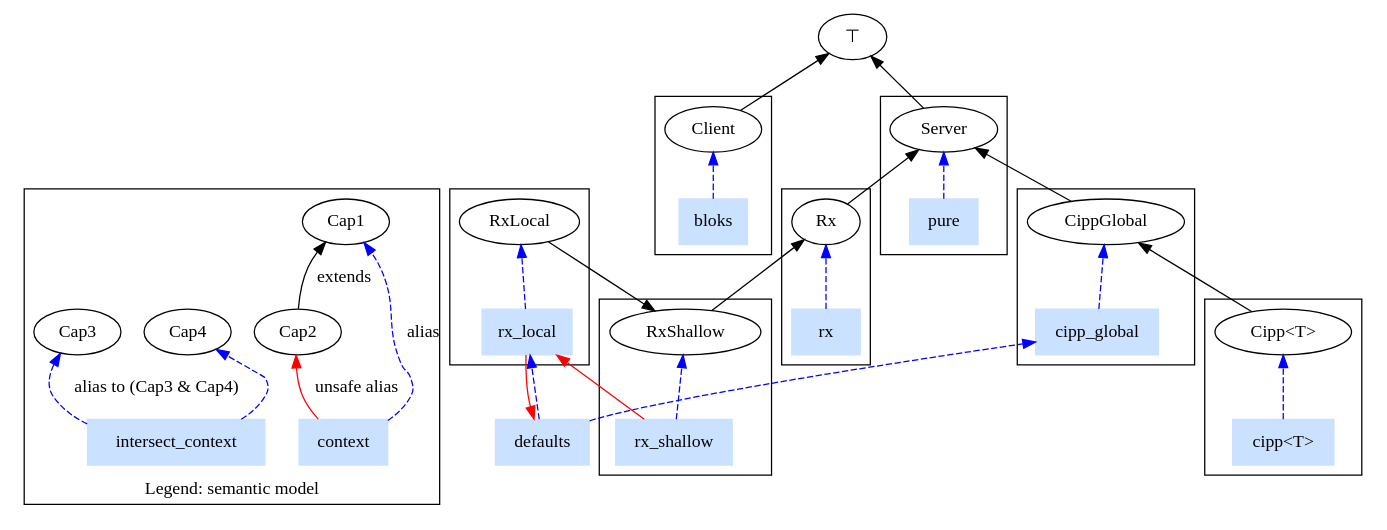
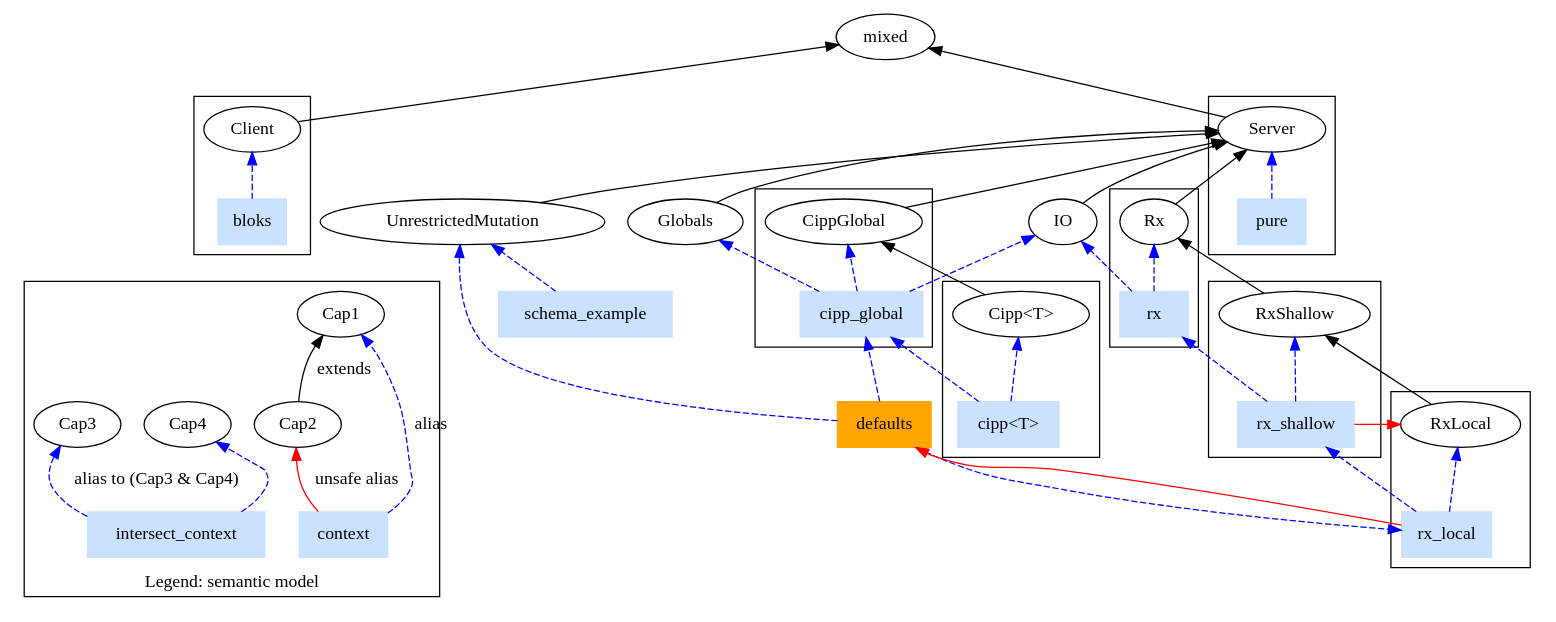
Before and after one commit to facebook/hhvm: the diagram in hphp/hack/doc/coeffects/context_to_capabilities.dot, drawn with Graphviz.

Commit message:
Updating map with Globals, IO, and UnrestrictedMutation
Summary:
Added more interfaces and updated type aliases

{F339844744}

Reviewed By: DavidSnider

```diff
--- a/hphp/hack/doc/coeffects/context_to_capabilities.dot
+++ b/hphp/hack/doc/coeffects/context_to_capabilities.dot
@@ -1,75 +1,93 @@
 digraph G {
   subgraph cluster_legend {
     label="Legend: semantic model"
 
     Cap2 -> Cap1 [label="extends"];
     
     context [shape="rect", color=lightsteelblue1, style=filled];
     context -> Cap1 [label="alias", style=dashed, color=blue];
     context -> Cap2 [label="unsafe alias", color=red];
     
     intersect_context [shape="rect", color=lightsteelblue1, style=filled];
     intersect_context -> Cap3 [label="alias to (Cap3 & Cap4)", style=dashed, color=blue];
     intersect_context -> Cap4 [style=dashed, color=blue];
   };
 
-  "defaults"    [shape="rect", color=lightsteelblue1, style=filled];
-  "pure"        [shape="rect", color=lightsteelblue1, style=filled];
-  "rx"          [shape="rect", color=lightsteelblue1, style=filled];
-  "rx_shallow"  [shape="rect", color=lightsteelblue1, style=filled];
-  "rx_local"    [shape="rect", color=lightsteelblue1, style=filled];
-  "cipp_global" [shape="rect", color=lightsteelblue1, style=filled];
-  "cipp<T>"     [shape="rect", color=lightsteelblue1, style=filled];
-  "bloks"       [shape="rect", color=lightsteelblue1, style=filled];
+  "defaults"        [shape="rect", color=orange, style=filled];
+  "pure"            [shape="rect", color=lightsteelblue1, style=filled];
+  "rx"              [shape="rect", color=lightsteelblue1, style=filled];
+  "rx_shallow"      [shape="rect", color=lightsteelblue1, style=filled];
+  "rx_local"        [shape="rect", color=lightsteelblue1, style=filled];
+  "cipp_global"     [shape="rect", color=lightsteelblue1, style=filled];
+  "cipp<T>"         [shape="rect", color=lightsteelblue1, style=filled];
+  "bloks"           [shape="rect", color=lightsteelblue1, style=filled];
+  "schema_example"  [shape="rect", color=lightsteelblue1, style=filled];
   
-  "Client" -> "⊤"
-  "Server" -> "⊤"
+  "Client" -> "mixed"
+  "Server" -> "mixed"
   
+  "IO" -> "Server"
+  "Globals" -> "Server"
+  "UnrestrictedMutation" -> "Server"
   // cipp domain
   "CippGlobal" -> "Server"
   "Cipp<T>" -> "CippGlobal"
   
   // reactive domain
   "Rx" -> "Server"
   "RxShallow" -> "Rx"
   "RxLocal" -> "RxShallow"
 
+  // examples
+  "schema_example" -> UnrestrictedMutation [color="blue", style="dashed"];
+
   // unsafe relations
-  "rx_local" -> "defaults"    [color="red"];
-  "rx_shallow" -> "rx_local"  [color="red"];
+  "rx_local" -> "defaults"   [color="red"];
+  "rx_shallow" -> "RxLocal"  [color="red"];
+
+  "rx_shallow" -> "rx"        [color="blue", style="dashed"];
+  "rx_local" -> "rx_shallow"  [color="blue", style="dashed"];
 
   // defaults intersection
   "defaults" -> "rx_local"    [color="blue", style="dashed"];
   "defaults" -> "cipp_global" [color="blue", style="dashed"];
+
+  "defaults" -> "UnrestrictedMutation" [color="blue", style="dashed"];
+
+  // we could expand the type aliases, but the graph gets messier
+  "cipp<T>" -> "cipp_global"[color="blue", style="dashed"];
+  "cipp_global" -> "Globals"[color="blue", style="dashed"];
+  "cipp_global" -> "IO"[color="blue", style="dashed"];
+  "rx" -> "IO"[color="blue", style="dashed"];
 
   // The following clusters pair up type aliases with individual interfaces
   subgraph cluster_pure {
     "pure" -> "Server" [color="blue", style="dashed"];
   };
   
   // reactive domain
   subgraph cluster_rx {
     "rx" -> "Rx" [color="blue", style="dashed"];
   };   
   subgraph cluster_rxl {
     "rx_local" -> "RxLocal" [color="blue", style="dashed"];
   };
   subgraph cluster_rxs {
     "rx_shallow" -> "RxShallow" [color="blue", style="dashed"];
   };
 
   // cipp domain
   subgraph cluster_cippt {
     "cipp<T>" -> "Cipp<T>" [color="blue", style="dashed"];
   };
   subgraph cluster_cippglob {
       "cipp_global" -> "CippGlobal" [color="blue", style="dashed"];
   };
 
   subgraph cluster_bloks {
     "bloks" -> "Client" [color="blue", style="dashed"];
   };
 
   // makes arrows point bottom to top
   rankdir = "BT" 
 }
```
